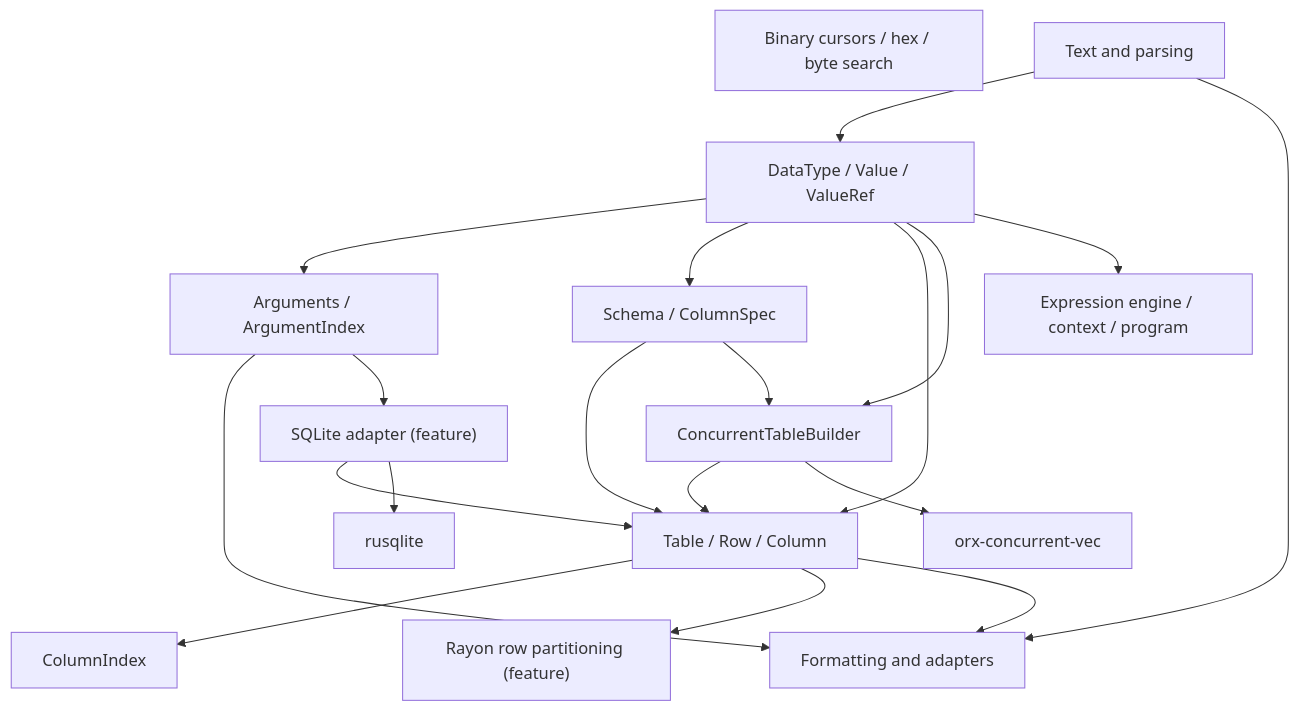
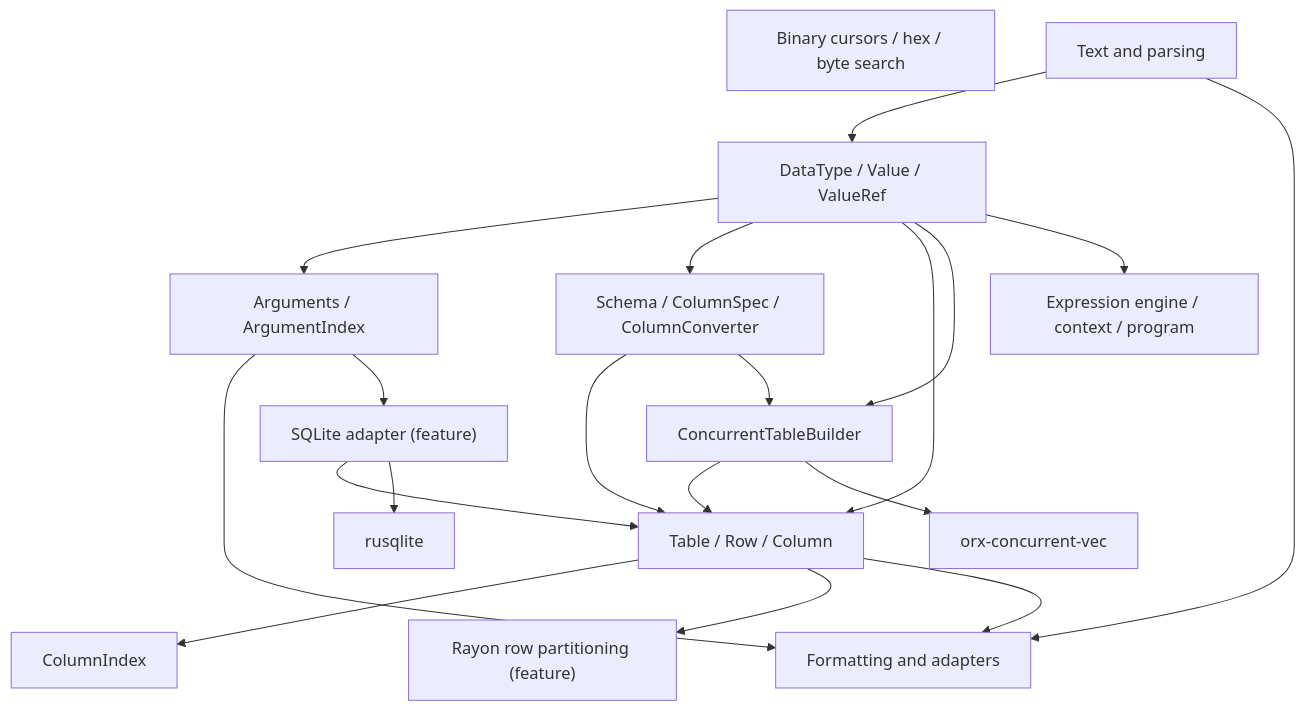
One commit to kjn-void/gd-rs changed the first of 3 diagrams in docs/high-level/architecture.md. Above: the diagram before and after it, drawn with Mermaid. The commit also changed other lines of this file and 12 other files, not shown here.

First line of the commit message:
Add schema converters and table properties

````diff
--- a/docs/high-level/architecture.md
+++ b/docs/high-level/architecture.md
@@ -14,22 +14,22 @@
 ```mermaid
 flowchart TD
     Value["DataType / Value / ValueRef"] --> Arguments["Arguments / ArgumentIndex"]
-    Value --> Schema["Schema / ColumnSpec"]
+    Value --> Schema["Schema / ColumnSpec / ColumnConverter"]
     Schema --> Table["Table / Row / Column"]
     Value --> Table
     Schema --> Builder["ConcurrentTableBuilder"]
     Value --> Builder
     Builder --> Table
     Builder --> Orx["orx-concurrent-vec"]
     Table --> ColumnIndex["ColumnIndex"]
     Table --> Rayon["Rayon row partitioning (feature)"]
     Binary["Binary cursors / hex / byte search"]
     Text["Text and parsing"] --> Value
     Value --> Expression["Expression engine / context / program"]
     Arguments --> Formatting["Formatting and adapters"]
     Table --> Formatting
     Text --> Formatting
     Arguments --> SQLite["SQLite adapter (feature)"]
     SQLite --> Table
     SQLite --> Rusqlite["rusqlite"]
 ```
````
